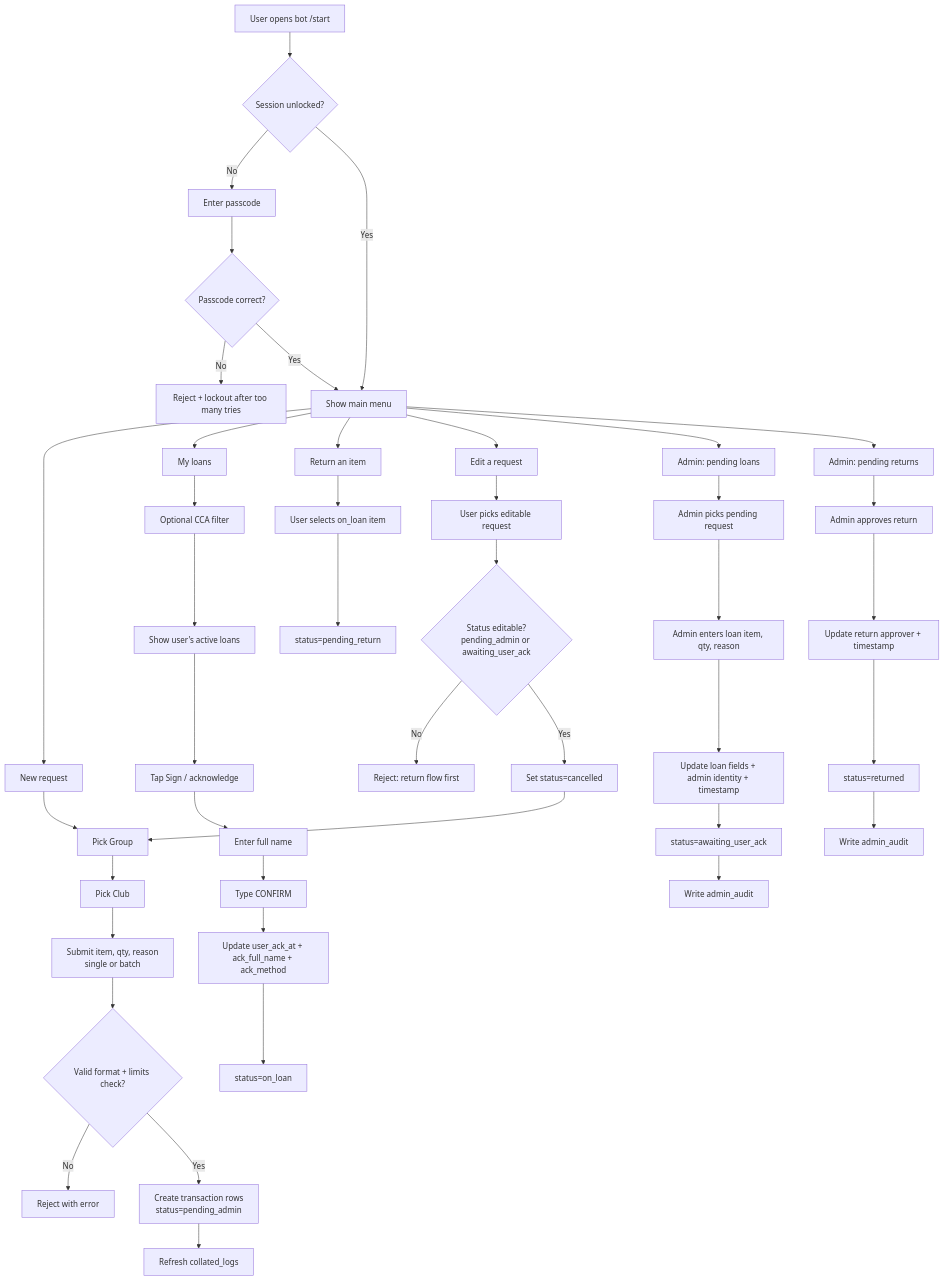
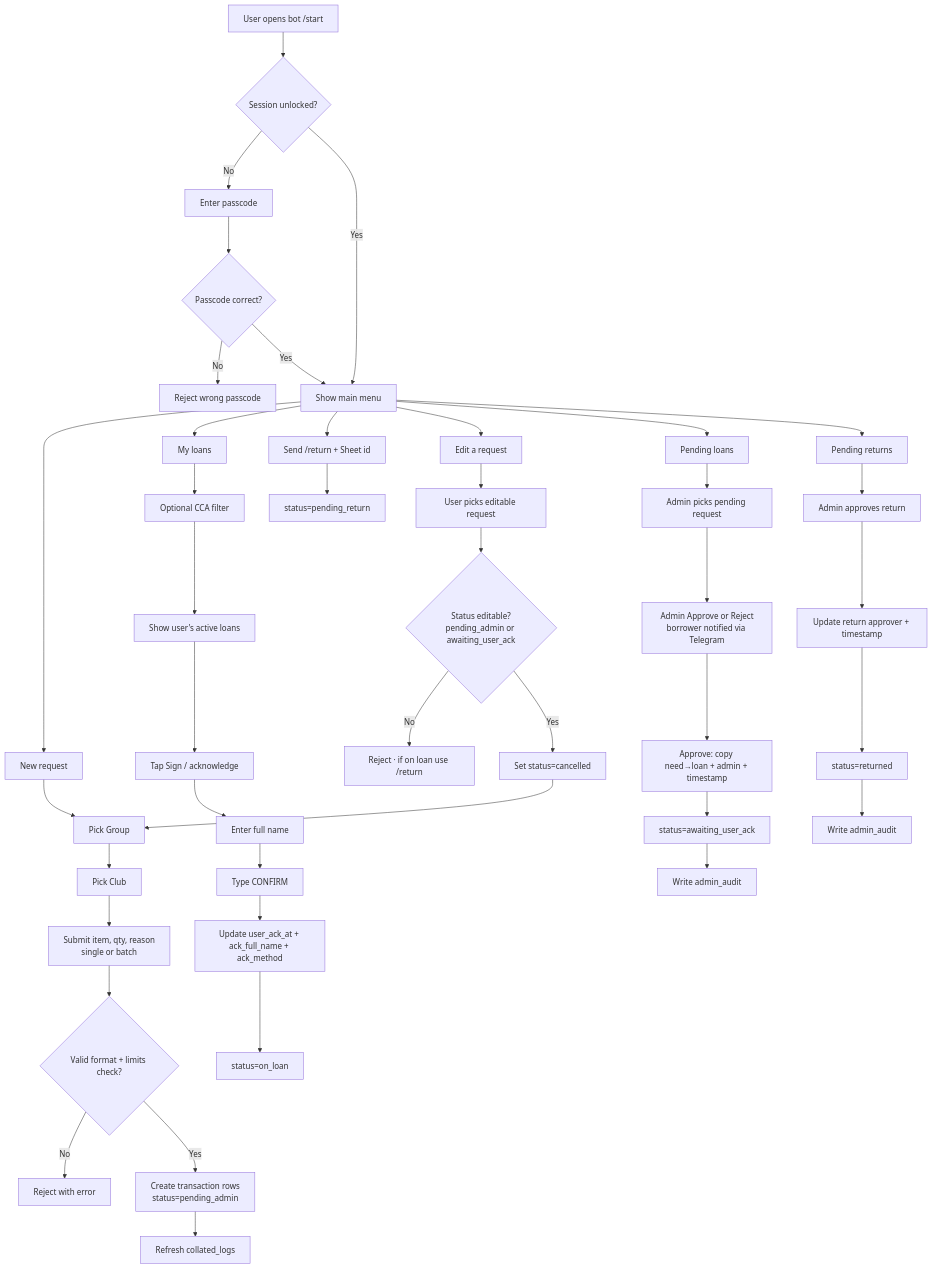
The diagram in README.md (yinasaurus/vvc-telebot), drawn with Mermaid before and after one commit. The commit also changed other lines of this file and 4 other files, not shown here.

Commit message:
feat(bot): admin-only search, /return by id, Sheet startup repair + quickref tab

````diff
--- a/README.md
+++ b/README.md
@@ -23,51 +23,50 @@
 ```mermaid
 flowchart TD
     A[User opens bot /start] --> B{Session unlocked?}
     B -- No --> C[Enter passcode]
     C --> D{Passcode correct?}
-    D -- No --> E[Reject + lockout after too many tries]
+    D -- No --> E[Reject wrong passcode]
     D -- Yes --> F[Show main menu]
     B -- Yes --> F
 
     F --> G[New request]
     F --> H[My loans]
-    F --> I[Return an item]
+    F --> IR[Send /return + Sheet id]
     F --> J[Edit a request]
-    F --> K[Admin: pending loans]
-    F --> L[Admin: pending returns]
+    F --> K[Pending loans]
+    F --> L[Pending returns]
 
     G --> G1[Pick Group]
     G1 --> G2[Pick Club]
     G2 --> G3[Submit item, qty, reason<br/>single or batch]
     G3 --> G4{Valid format + limits check?}
     G4 -- No --> G5[Reject with error]
     G4 -- Yes --> G6[Create transaction rows<br/>status=pending_admin]
     G6 --> G7[Refresh collated_logs]
 
     K --> K1[Admin picks pending request]
-    K1 --> K2[Admin enters loan item, qty, reason]
-    K2 --> K3[Update loan fields + admin identity + timestamp]
+    K1 --> K2[Admin Approve or Reject<br/>borrower notified via Telegram]
+    K2 --> K3[Approve: copy need→loan + admin + timestamp]
     K3 --> K4[status=awaiting_user_ack]
     K4 --> K5[Write admin_audit]
 
     H --> H1[Optional CCA filter]
     H1 --> H2[Show user's active loans]
     H2 --> H3[Tap Sign / acknowledge]
     H3 --> H4[Enter full name]
     H4 --> H5[Type CONFIRM]
     H5 --> H6[Update user_ack_at + ack_full_name + ack_method]
     H6 --> H7[status=on_loan]
 
-    I --> I1[User selects on_loan item]
-    I1 --> I2[status=pending_return]
+    IR --> IR1[status=pending_return]
     L --> L1[Admin approves return]
     L1 --> L2[Update return approver + timestamp]
     L2 --> L3[status=returned]
     L3 --> L4[Write admin_audit]
 
     J --> J1[User picks editable request]
     J1 --> J2{Status editable?<br/>pending_admin or awaiting_user_ack}
-    J2 -- No --> J3[Reject: return flow first]
+    J2 -- No --> J3[Reject · if on loan use /return]
     J2 -- Yes --> J4[Set status=cancelled]
     J4 --> G1
 ```
````
